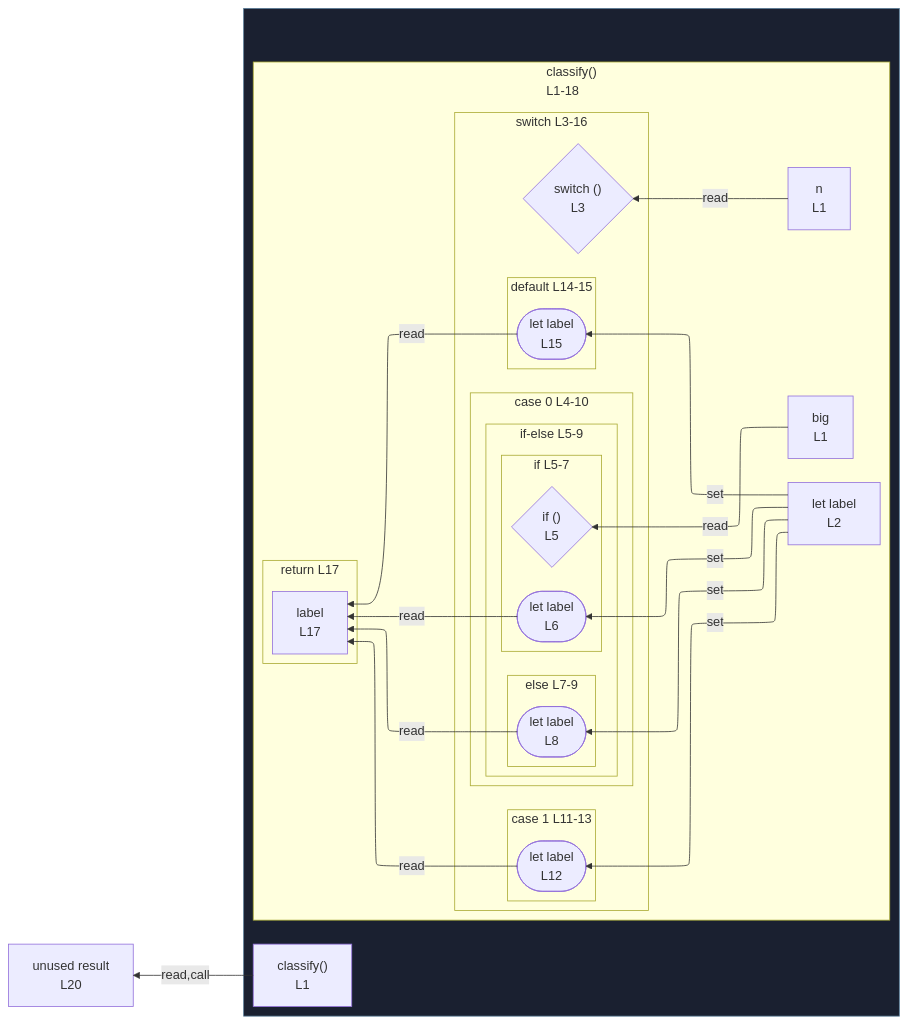
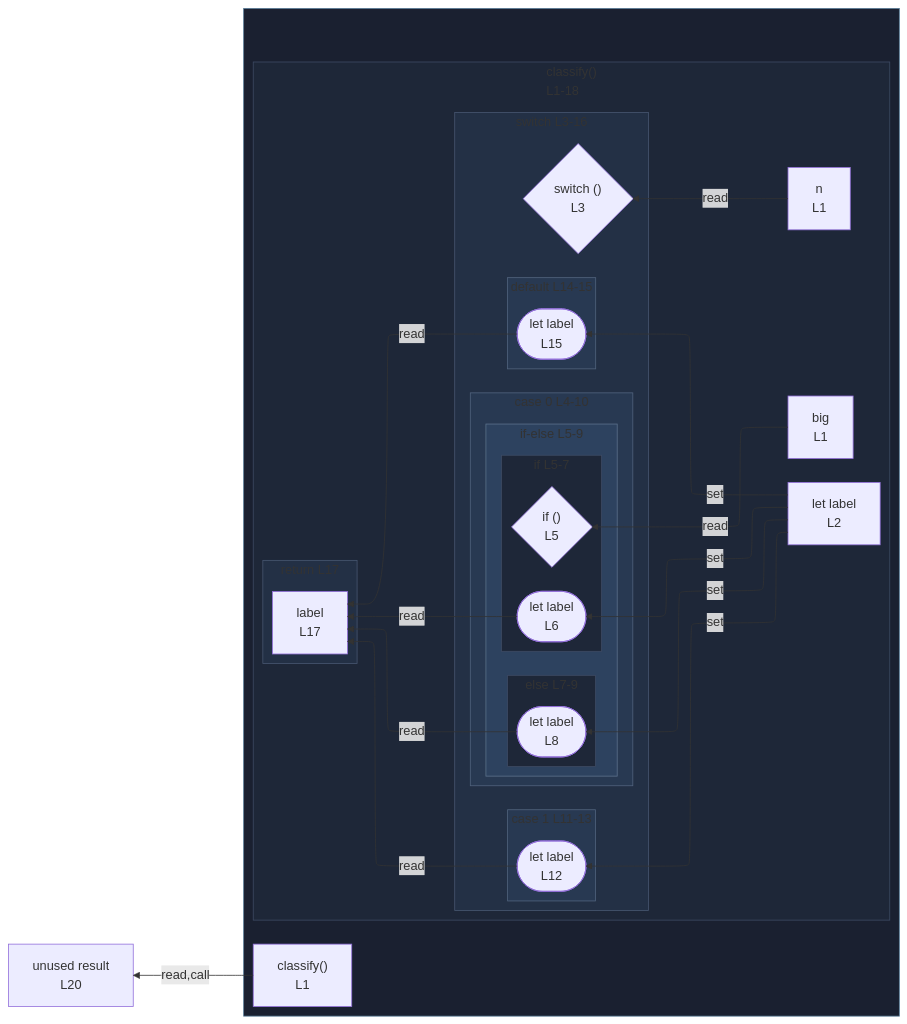
The diagram in integration/fixtures/switch-statement/with-inner-if/preview.md (crescware/unsnarl), drawn with Mermaid before and after one commit. The commit also changed 249 other files, not shown here.

First line of the commit message:
Color Mermaid subgraphs by nesting depth via theme palette

````diff
--- a/integration/fixtures/switch-statement/with-inner-if/preview.md
+++ b/integration/fixtures/switch-statement/with-inner-if/preview.md
@@ -30,59 +30,72 @@
 ```mermaid
 %%{init: {"flowchart": {"defaultRenderer": "elk"}}}%%
 flowchart RL
   n_scope_0_result_307["unused result<br/>L20"]
   subgraph wrap_s_scope_1[" "]
     direction TB
     n_scope_0_classify_9["classify()<br/>L1"]
     subgraph s_scope_1["classify()<br/>L1-18"]
       direction RL
       n_scope_1_n_18["n<br/>L1"]
       n_scope_1_big_29["big<br/>L1"]
       n_scope_1_label_51["let label<br/>L2"]
       subgraph s_scope_2["switch L3-16"]
         direction RL
         switch_discriminant_scope_1_60{"switch ()<br/>L3"}
         subgraph s_scope_3["case 0 L4-10"]
           direction RL
           subgraph cont_if_scope_3_91["if-else L5-9"]
             direction RL
             subgraph s_scope_4["if L5-7"]
               direction RL
               if_test_scope_3_91{"if ()<br/>L5"}
               wr_ref_2(["let label<br/>L6"])
             end
             subgraph s_scope_5["else L7-9"]
               direction RL
               wr_ref_3(["let label<br/>L8"])
             end
           end
         end
         subgraph s_scope_6["case 1 L11-13"]
           direction RL
           wr_ref_4(["let label<br/>L12"])
         end
         subgraph s_scope_7["default L14-15"]
           direction RL
           wr_ref_5(["let label<br/>L15"])
         end
       end
       subgraph s_return_scope_0_classify_9_284_297["return L17"]
         direction RL
         ret_use_ref_6["label<br/>L17"]
       end
     end
   end
   n_scope_1_label_51 -->|set| wr_ref_2
   n_scope_1_label_51 -->|set| wr_ref_3
   n_scope_1_label_51 -->|set| wr_ref_4
   n_scope_1_label_51 -->|set| wr_ref_5
   n_scope_1_n_18 -->|read| switch_discriminant_scope_1_60
   n_scope_1_big_29 -->|read| if_test_scope_3_91
   wr_ref_2 -->|read| ret_use_ref_6
   wr_ref_3 -->|read| ret_use_ref_6
   wr_ref_4 -->|read| ret_use_ref_6
   wr_ref_5 -->|read| ret_use_ref_6
   n_scope_0_classify_9 -->|read,call| n_scope_0_result_307
   classDef fnWrap fill:#1a2030,stroke:#5a7d99;
   class wrap_s_scope_1 fnWrap;
+  classDef nestL1 fill:#1e2738,stroke:#3d4a63;
+  class s_scope_1 nestL1;
+  class s_scope_4 nestL1;
+  class s_scope_5 nestL1;
+  classDef nestL2 fill:#233045,stroke:#475670;
+  class s_scope_2 nestL2;
+  class s_return_scope_0_classify_9_284_297 nestL2;
+  classDef nestL3 fill:#283952,stroke:#51637d;
+  class s_scope_3 nestL3;
+  class s_scope_6 nestL3;
+  class s_scope_7 nestL3;
+  classDef nestL4 fill:#2d425f,stroke:#5b708a;
+  class cont_if_scope_3_91 nestL4;
 ```
````
